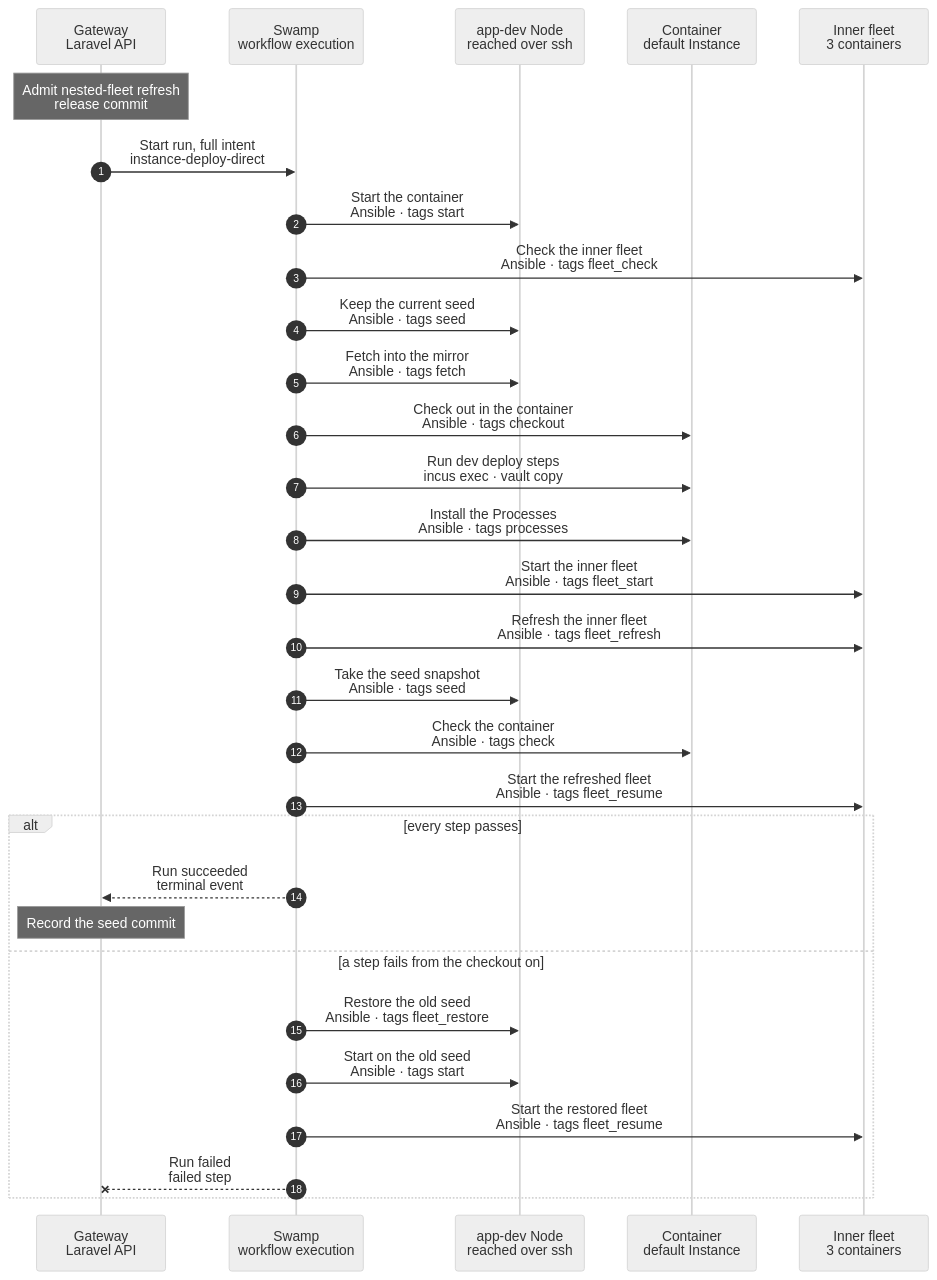
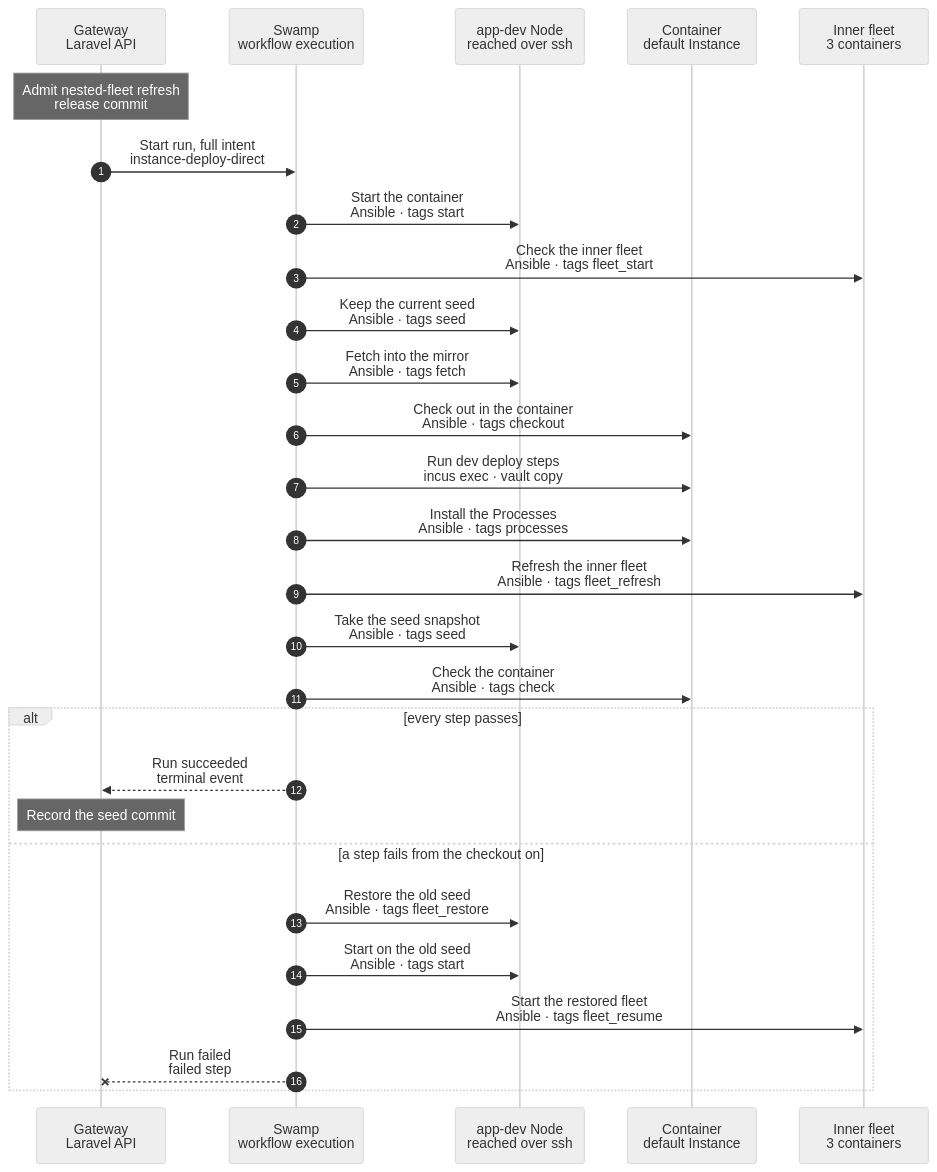
The diagram in docs/cli/instance/container/fleet-refresh.mmd (hardimpactdev/orbit), drawn with Mermaid (neutral theme) before and after one commit. The commit also changed 1 other file, not shown here.

Commit message:
docs(instances): the refresh checks its running fleet once and starts it no second time
The chart first: one fleet check before the change, no fleet start after
the checkout or after the seed, the every-run parts of the refresh gated
by digest, and what a failed start after base restores.

```diff
--- a/docs/cli/instance/container/fleet-refresh.mmd
+++ b/docs/cli/instance/container/fleet-refresh.mmd
@@ -33,13 +33,20 @@
   SW->>N: Start the container<br/>Ansible · tags start
   %%> What it does:
   %%> - the one start of a container; the Club key is delivered there, outside the container's disk
-  SW->>F: Check the inner fleet<br/>Ansible · tags fleet_check
+  SW->>F: Check the inner fleet<br/>Ansible · tags fleet_start
   %%> What it does:
-  %%> - waits for the inner Incus, then compares the three nested containers with the fleet rules; it changes nothing
+  %%> - the one fleet check of the run: waits for the inner Incus, compares the three nested containers with the fleet rules, starts a nested container that is stopped, links the Club key and brings up `wg-nested` with `ip` and `wg`
+  %%> - checks only what a start can promise: the three containers run and the tunnel reaches the hub; no Doctor wait
+  %%> - changes no device or configuration key: on a running fleet it only reads
+  %%> - reads no fleet file: every file rule is owned and never refuses; the refresh reads the files when they matter
   %%> - refuses `instance.container_fleet_drift` when a rule Orbit does not write differs (`raw.idmap`), or a nested container or the inner bridge cannot be read; the Operation's result `fleet_drift` names each difference
   %%> - an owned rule that differs passes: the refresh writes it
   %%> Why:
-  %%> - nothing changed yet, so a refusal restores no seed
+  %%> - the fleet keeps running between releases, so the run checks it once, before it changes anything; a refusal or a failed start restores no seed
+  %%> - nothing in the run stops the fleet before the refresh, so no second start follows the checkout
+  %%> - it takes the hub's key only when it is a WireGuard key: just after a boot, `wg` prints `(none)` with exit 0 until `wg-quick` has set the key
+  %%> On failure:
+  %%> - no key within 60 s: the step says the nested Gateway's WireGuard key was not ready, and sets no peer
   SW->>N: Keep the current seed<br/>Ansible · tags seed
   %%> What it does:
   %%> - retakes `seed-COMMIT` of the default as it is, fleet included, before the run changes anything
@@ -55,31 +62,27 @@
   %%> - checks out the release commit in `/srv/workspace`; the nested Gateway and app-dev see it through their `checkout` device
   SW->>C: Run dev deploy steps<br/>incus exec · vault copy
   SW->>C: Install the Processes<br/>Ansible · tags processes
-  SW->>F: Start the inner fleet<br/>Ansible · tags fleet_start
-  %%> What it does:
-  %%> - compares the fleet with its rules as the check does, starts the nested containers that are stopped, links the Club key, brings up `wg-nested` with `ip` and `wg`
-  %%> - checks only what a start can promise: the three containers run and the tunnel reaches the hub; no Doctor wait
-  %%> - changes no device or configuration key: on a running fleet it only reads
-  %%> Why:
-  %%> - the checkout just moved under the running nested Gateway; until the refresh migrates and restarts it, its Doctor cannot be healthy
-  %%> - it takes the hub's key only when it is a WireGuard key: just after a boot, `wg` prints `(none)` with exit 0 until `wg-quick` has set the key
-  %%> On failure:
-  %%> - no key within 60 s: the step says the nested Gateway's WireGuard key was not ready, and sets no peer
   SW->>F: Refresh the inner fleet<br/>Ansible · tags fleet_refresh
   %%> What it does:
   %%> - reads the refresh record in the container (`/var/lib/orbit/fleet-refresh.json`) and the digest `code` of the checkout: `apps/gateway`, which holds the migrations and the Composer lock of packages that ship migrations, and `apps/agent/contract`, which it reads
   %%> - after the migrate, makes the digest `converge` from what a base converge reads: the `swamp` files that `swamp/ansible/fleet-converge-inputs.json` lists, the nested Gateway's digest of each Node's base intent (`orbit:node-converge-digest`, which admits and writes nothing) and the fleet intent
   %%> - a part runs when its digest differs from the record; a missing record, or one it cannot read, makes every part run, and an unreadable record adds a warning
   %%> - the converge also runs when a digest cannot be read, or when the last converge that ran (`converged` in the record) is more than 7 days old
-  %%> - every run: waits until the state mounts of the nested Gateway (with its Swamp state when the Club key is there) and app-dev are active (60 s), places the agent delivery (into the checkout) and reloads the grants (on the nested Gateway's own disk)
-  %%> - with the Club key, every run: reads the nested Gateway's Swamp tokens (`swamp access token list`, names and dates only); they are due when one of the six (serve driver, Gateway run and read, the access of workers a, b and c) is missing or older than 20 days (`fleet_token_max_age`)
+  %%> - also from the record: `grants` (with the Club key only), the digest of `apps/gateway` and `swamp`, from which the nested Gateway renders its Swamp grants; `tokens`, the creation time of the oldest of the nested Gateway's six Swamp tokens
+  %%> - every run, once: waits until the state mounts of the nested Gateway (with its Swamp state when the Club key is there) and app-dev are active (60 s)
+  %%> - `code` changed: places the agent delivery (into the checkout)
+  %%> - `grants` changed, with the Club key: reloads the grants (on the nested Gateway's own disk)
+  %%> - with the Club key, when `tokens` is missing or older than 20 days (`fleet_token_max_age`): reads the nested Gateway's Swamp tokens (`swamp access token list`, names and dates only); they are due when one of the six (serve driver, Gateway run and read, the access of workers a, b and c) is missing or older than 20 days
   %%> - the tokens are due: the `remint` play stops the workers and serve, makes the worker set whole (folder and tokens of a missing worker), renews all six, and enables and starts serve and the three workers; the step ends only when serve and the three workers are active, so nothing else of the refresh runs on them meanwhile; a remint marks the nested Gateway for `base` and restarts its services, which read the new tokens
   %%> - `code` changed: migrates the nested Gateway and restarts its services
-  %%> - every run: reads the fleet rules on the running fleet and writes the fleet files that differ
+  %%> - every run: reads the fleet rules on the running fleet, its devices and keys and the inner bridge; reads the fleet files only when `rules` (the files' content) differs from the record or the converge is due, and writes those that differ
+  %%> - every run: checks the services of the nested Gateway, and Swamp serve and its workers with the Club key, in one read
   %%> - the converge is due: waits until the three agents are online (300 s), converges the base of the three nested Nodes one by one, and reads how many tasks each changed; a failed converge fails the refresh
-  %%> - every run: waits for readiness once (Doctor healthy, three agents, the operator), so the seed holds a ready fleet
+  %%> - every run: waits for readiness once (Doctor healthy, three agents, the operator), so the seed holds a ready fleet: before the tools when the fleet keeps running, after the start that follows a retaken `base` otherwise
   %%> - retakes `base` only for the containers whose disk changed: a step that writes a nested disk and reported a change (the migrate that applied one, the grants reload that changed a file), that container; a converge that changed a Node, that Node and the nested Gateway; a missing `base`, that container; a missing or unreadable record or a rule or file that differed, all three
   %%> - each of them stops first; the others keep running; with all three stopped it writes the owned rules (and a build rule only where it is absent), and it checks every rule; with some stopped the rules only compare, and a difference fails the refresh
+  %%> - a run that retakes `base` but did not read the fleet files reads them first, on the running fleet; a file that differs makes `base` due for all three
+  %%> - then starts the containers it stopped and waits for readiness, its one readiness wait in that case, so the seed holds a running, ready fleet
   %%> - otherwise the fleet keeps running and `base` stays
   %%> - every run, after `base`: keeps the pinned shape tools in the Instance container at `/opt/orbit-shape-gate`, named by the checkout's own `bin/swamp-shape-gate` from its three pin files; when the venv and the collections of these pins are complete it only reads them; otherwise it installs `python3-venv` when it is missing, builds them and removes the tools of other pins
   %%> - removes the record before its first write to a nested disk and writes it again last, so a run that stops in the middle leaves none, and the next run does every part and retakes `base` of all three
@@ -91,10 +94,12 @@
   %%> - the nested Gateway's Swamp tokens live 30 days, and a fleet lives longer: the refresh keeps them young, so no copy stops with expired tokens; an older fleet with only workers a and b gets worker c first, because the remint renews all three
   %%> - the converges run one by one: every step of the converge workflow has a fixed behavior name, so a second run at once waits for the first one's Swamp lock and fails after 60 s
   %%> - a reset restores `base` of all three in seconds; taking `base` costs about 32 s per container, so only what changed is retaken
+  %%> - the grants, the agent delivery, the token read and the file reads cost about 8 s of every run, and a docs-only release changes none of their inputs
   %%> - the set stays consistent: the nested Gateway's database holds the schema and records each converge, so its `base` is retaken with any other
   %%> - a snapshot of a running container on a directory pool is a file copy, not a consistent state, so `base` is taken with the fleet stopped
   %%> - the proof runner in a copy needs the pinned Ansible controller, and the default is never rebuilt from a new image: the seed after this step gives every copy the tools of its own commit, so no copy builds them or needs `python3-venv`
   %%> On failure:
+  %%> - the start after `base` fails: the refresh fails, and the run restores the old seed; the new `base` snapshots are inside the container's disk, so the restore takes them back too; the default then runs on the old seed's commit and fleet; existing copies are clones of older seeds and stay as they are; new copies clone the restored seed until the next release
   %%> - a failed tools install does not fail the refresh: the result says `tools: failed` with the step in `tools_reason`, the log shows the end of its error output, and the seed is taken without ready tools (the venv's `.complete` is written last); a proof in such a copy builds the tools in its own cache, and when that fails its fleet preparation fails with the line that names the missing pinned folder
   SW->>N: Take the seed snapshot<br/>Ansible · tags seed
   %%> What it does:
@@ -104,15 +109,9 @@
   %%> - a default with an inner volume also snapshots the volume under the same name with the Processes stopped; the pair is the seed, and the older pair goes only after both new halves exist
   %%> - right before the volume's half: `sync -f /srv/inner-pool` as root in the container, so the block snapshot holds what btrfs has not committed yet (it commits every 30 s); no freeze: the halves are separate snapshots, so a freeze adds nothing over the flush
   %%> - a failed half or flush deletes only the new halves and fails `instance.container_seed_failed`, `instance.seed_volume_flush_failed` or `instance.seed_volume_snapshot_failed` with the cause in the detail; the old seed stays
-  %%> - the inner fleet runs during the snapshot when the refresh kept `base`: on the directory pool the inner pool lies on the container's disk, so the seed is one point in time of the whole fleet, as after a power cut; on an inner volume the two halves are taken one after the other, apart by the flush: seconds at most under load
+  %%> - the inner fleet runs during the snapshot, also after a retaken `base`: on the directory pool the inner pool lies on the container's disk, so the seed is one point in time of the whole fleet, as after a power cut; on an inner volume the two halves are taken one after the other, apart by the flush: seconds at most under load
   %%> - the seed holds the refresh record of the fleet it holds
   SW->>C: Check the container<br/>Ansible · tags check
-  SW->>F: Start the refreshed fleet<br/>Ansible · tags fleet_resume
-  %%> What it does:
-  %%> - starts the nested containers the refresh stopped for `base`, and waits for readiness; a fleet that kept running only gets the readiness wait
-  %%> - fails with `instance.container_fleet_resume_failed`; the new seed and `base` stay, nothing is restored, and the detail says so
-  %%> Why:
-  %%> - the default runs on the new commit, fleet included
   alt every step passes
     SW-->>GW: Run succeeded<br/>terminal event
     Note over GW: Record the seed commit
```
